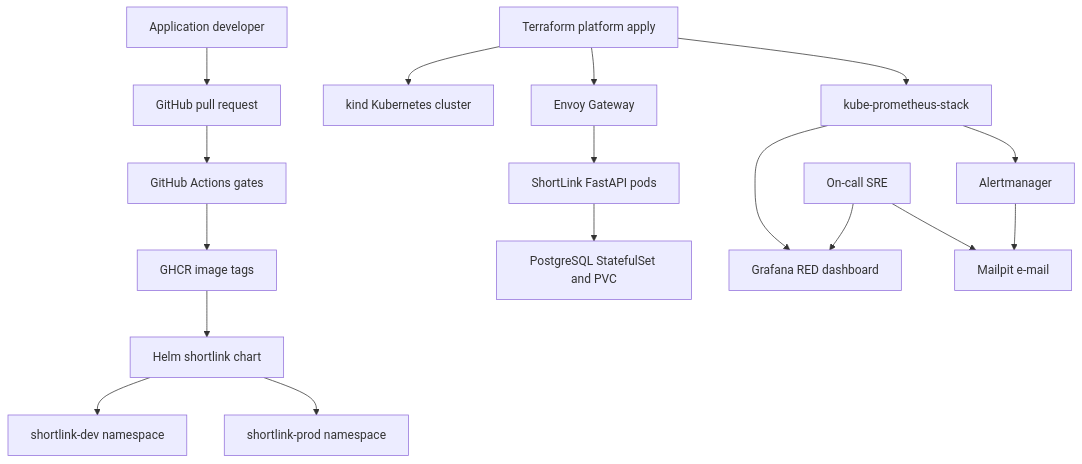
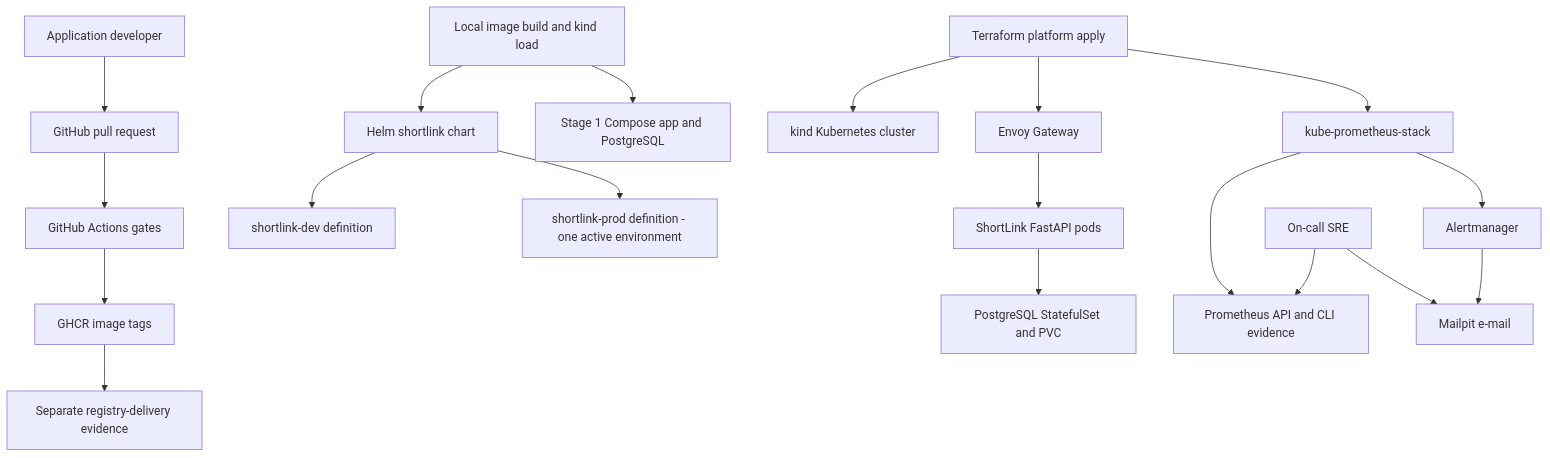
Before and after one commit to sukurcf/spec-shipit-devops-platform: the diagram in README.md, drawn with Mermaid. The commit also changed other lines of this file and 14 other files, not shown here.

````diff
--- a/README.md
+++ b/README.md
@@ -34,19 +37,21 @@
 ```mermaid
 flowchart TD
   Dev["Application developer"] --> PR["GitHub pull request"]
   PR --> CI["GitHub Actions gates"]
   CI --> GHCR["GHCR image tags"]
-  GHCR --> Helm["Helm shortlink chart"]
+  GHCR --> CIProof["Separate registry-delivery evidence"]
+  LocalBuild["Local image build and kind load"] --> Helm["Helm shortlink chart"]
+  LocalBuild --> Compose["Stage 1 Compose app and PostgreSQL"]
   Terraform["Terraform platform apply"] --> Kind["kind Kubernetes cluster"]
   Terraform --> Envoy["Envoy Gateway"]
   Terraform --> Mon["kube-prometheus-stack"]
-  Helm --> DevNs["shortlink-dev namespace"]
-  Helm --> ProdNs["shortlink-prod namespace"]
+  Helm --> DevNs["shortlink-dev definition"]
+  Helm --> ProdNs["shortlink-prod definition - one active environment"]
   Envoy --> App["ShortLink FastAPI pods"]
   App --> PG["PostgreSQL StatefulSet and PVC"]
-  Mon --> Grafana["Grafana RED dashboard"]
+  Mon --> Metrics["Prometheus API and CLI evidence"]
   Mon --> Alertmanager["Alertmanager"]
   Alertmanager --> Mailpit["Mailpit e-mail"]
-  SRE["On-call SRE"] --> Grafana
+  SRE["On-call SRE"] --> Metrics
   SRE --> Mailpit
 ```
````
